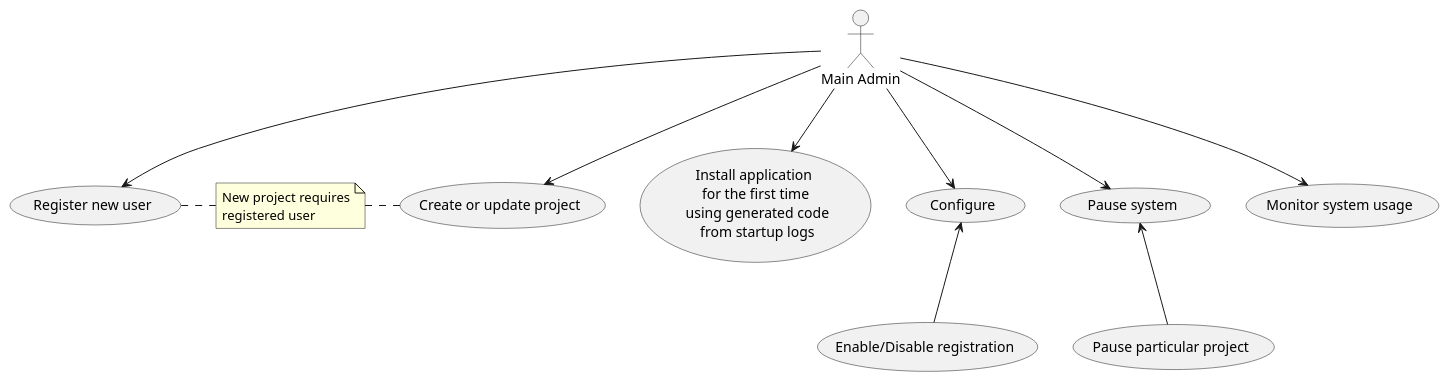
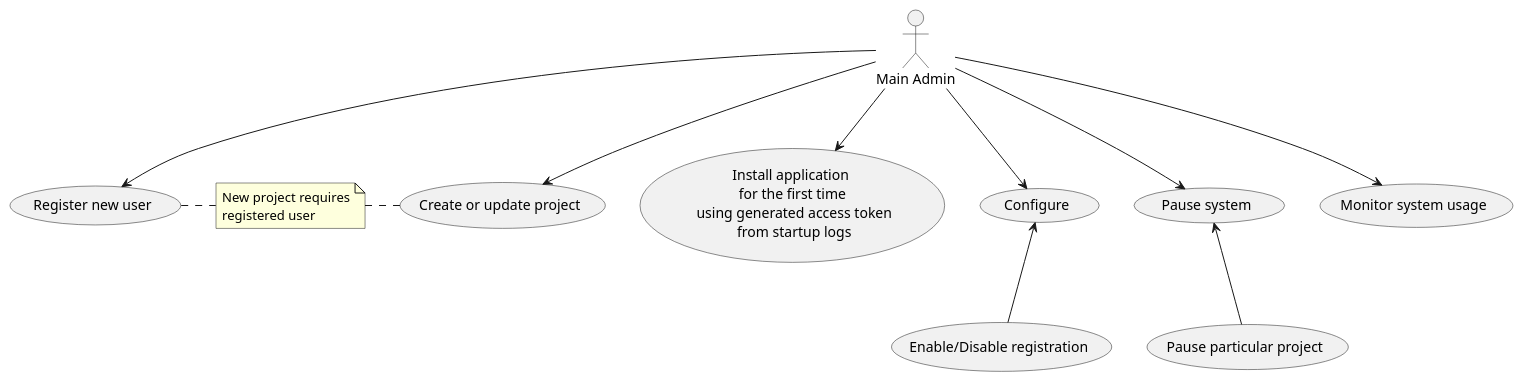
Before and after one commit to cyprianno/mailblackbox: the diagram in docs/use-case/main-admin.puml, drawn with PlantUML. The commit also changed 4 other files, not shown here.

```diff
--- a/docs/use-case/main-admin.puml
+++ b/docs/use-case/main-admin.puml
@@ -1,19 +1,19 @@
 @startuml
 :Main Admin: as Admin
 
-Admin --> (Install application \nfor the first time\n using generated code\n from startup logs)
+Admin --> (Install application \nfor the first time\n using generated access token\n from startup logs)
 Admin --> (Configure)
 (Configure) <-- (Enable/Disable registration)
 
 Admin --> (Register new user)
 Admin -> (Create or update project)
 
 note "New project requires\nregistered user" as CreateNote
 (Register new user) . CreateNote
 CreateNote . (Create or update project)
 
 Admin --> (Pause system)
 (Pause system) <-- (Pause particular project)
 
 Admin --> (Monitor system usage)
 @enduml
```
